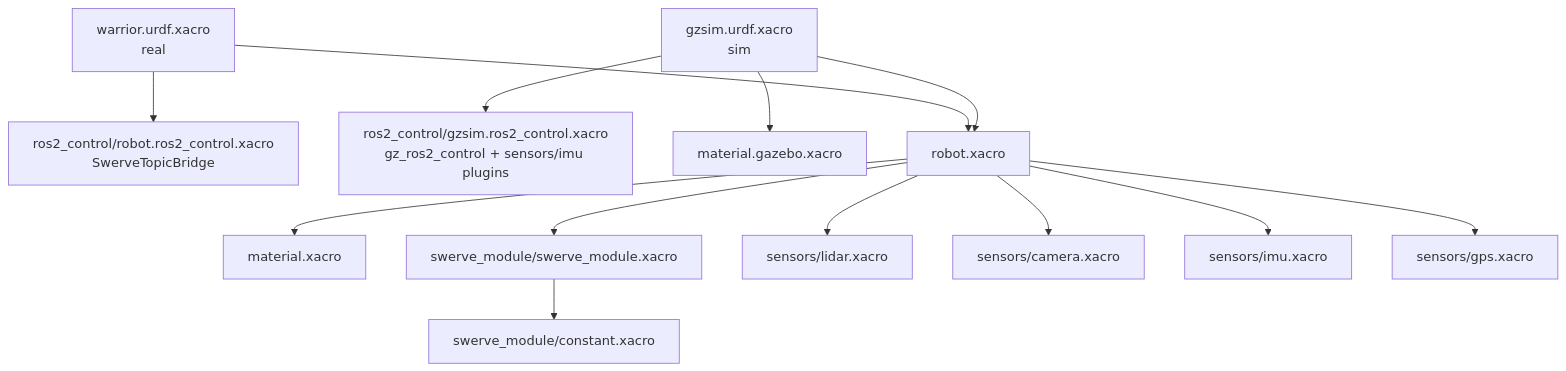
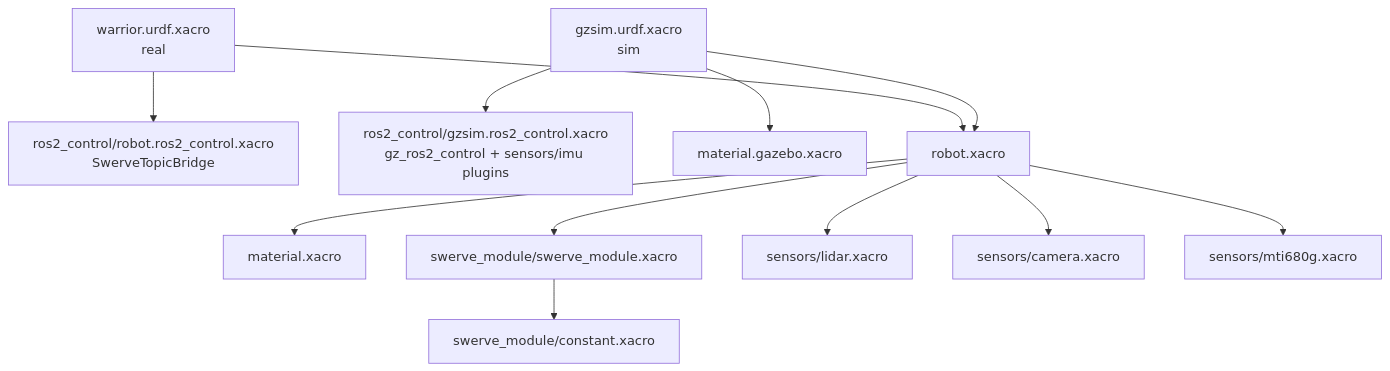
The diagram in warrior_description/README.md (waynerobotics/Warrior_2026), drawn with Mermaid before and after one commit. The commit also changed other lines of this file and 36 other files, not shown here.

````diff
--- a/warrior_description/README.md
+++ b/warrior_description/README.md
@@ -27,15 +27,14 @@
 ```mermaid
 graph TD
     W[warrior.urdf.xacro<br/>real] --> RC[ros2_control/robot.ros2_control.xacro<br/>SwerveTopicBridge]
     G[gzsim.urdf.xacro<br/>sim] --> GC[ros2_control/gzsim.ros2_control.xacro<br/>gz_ros2_control + sensors/imu plugins]
     G --> MG[material.gazebo.xacro]
     W --> R[robot.xacro]
     G --> R
     R --> MAT[material.xacro]
     R --> SM[swerve_module/swerve_module.xacro]
     SM --> CON[swerve_module/constant.xacro]
     R --> LID[sensors/lidar.xacro]
     R --> CAM[sensors/camera.xacro]
-    R --> IMU[sensors/imu.xacro]
-    R --> GPS[sensors/gps.xacro]
+    R --> MTI[sensors/mti680g.xacro]
 ```
````
